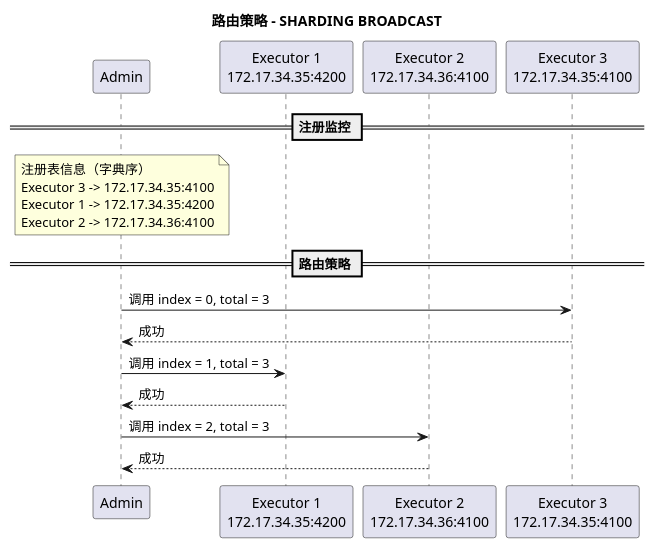
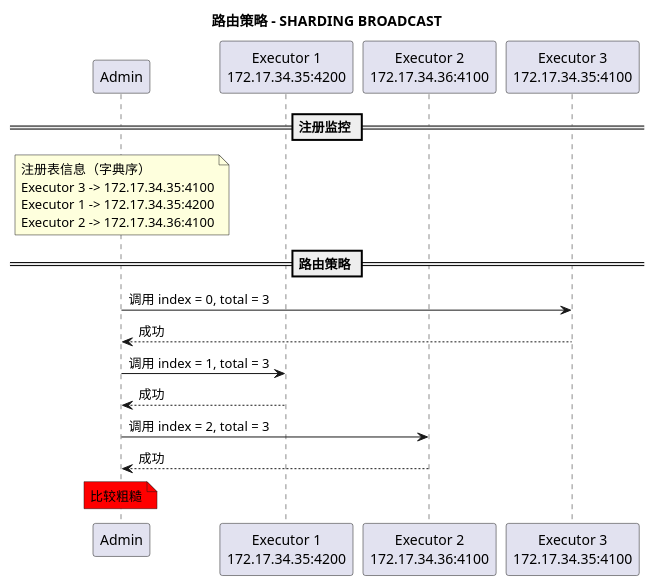
The diagram in doc/uml/sequence/admin/route-sharding-broadcast.puml (Sean-K-Wu/xxl-job), drawn with PlantUML before and after one commit. The commit also changed 4 other files, not shown here.

```diff
--- a/doc/uml/sequence/admin/route-sharding-broadcast.puml
+++ b/doc/uml/sequence/admin/route-sharding-broadcast.puml
@@ -1,24 +1,28 @@
 @startuml
 title 路由策略 - SHARDING BROADCAST
 
 participant a as "Admin" order 10
 participant e1 as "Executor 1\n172.17.34.35:4200" order 20
 participant e2 as "Executor 2\n172.17.34.36:4100" order 30
 participant e3 as "Executor 3\n172.17.34.35:4100" order 40
 
 == 注册监控 ==
 note over a
     注册表信息（字典序）
     Executor 3 -> 172.17.34.35:4100
     Executor 1 -> 172.17.34.35:4200
     Executor 2 -> 172.17.34.36:4100
 end note
 
 == 路由策略 ==
 a -> e3 : 调用 index = 0, total = 3
 a <-- e3 : 成功
 a -> e1 : 调用 index = 1, total = 3
 a <-- e1 : 成功
 a -> e2 : 调用 index = 2, total = 3
 a <-- e2 : 成功
+
+note over a #red
+    比较粗糙
+end note
 @enduml
```
